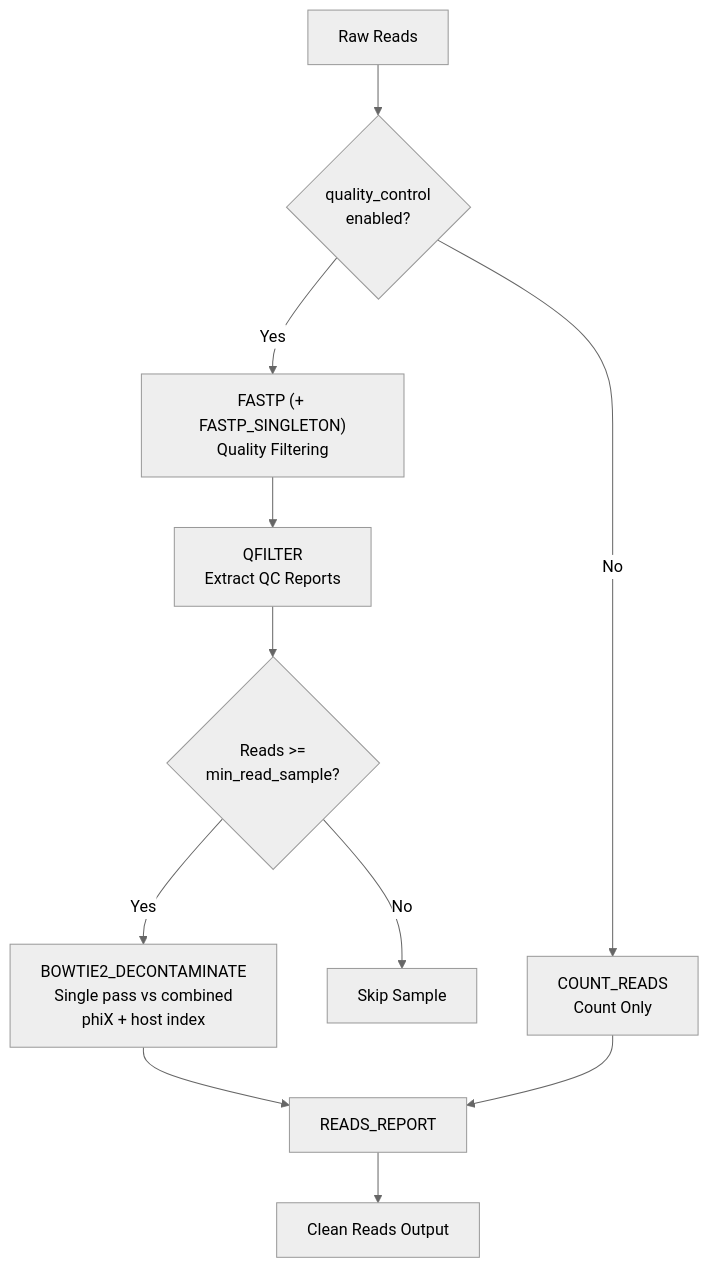
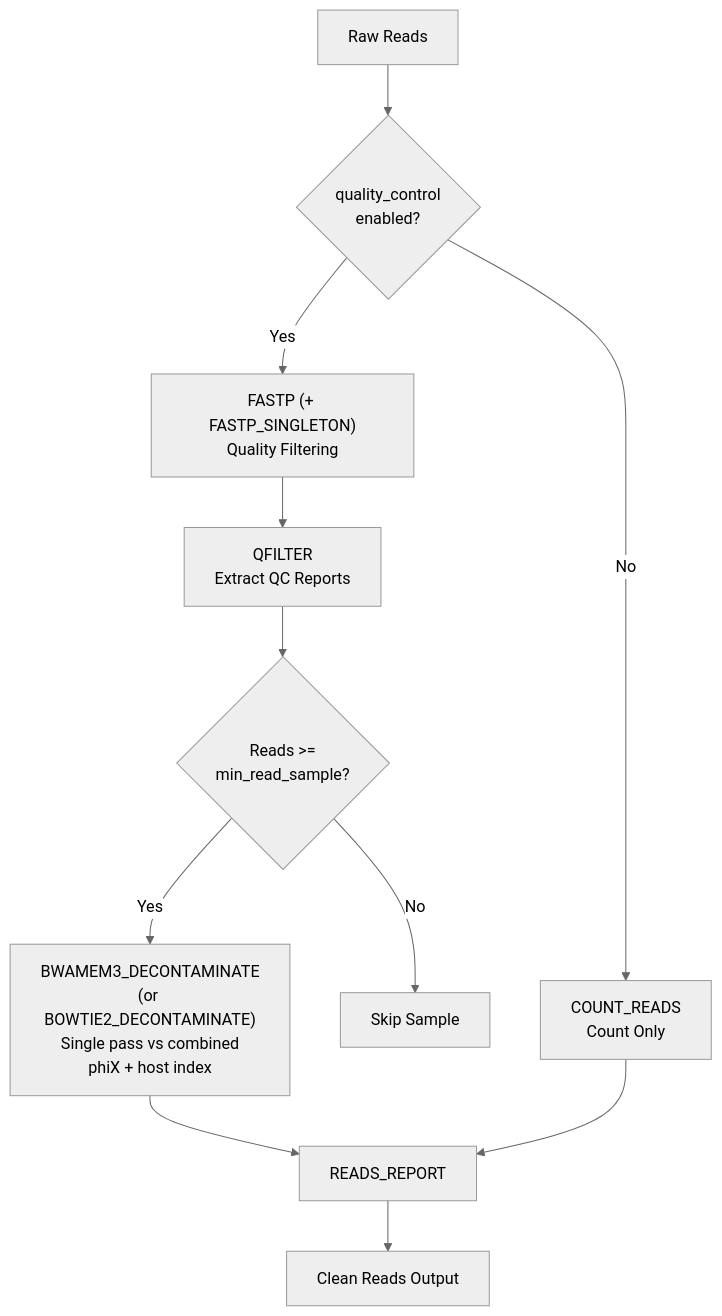
The fourth of 8 diagrams in docs/WORKFLOW_DIAGRAM.md (gene2dis/BugBuster), drawn with Mermaid (neutral theme) before and after one commit. The commit also changed other lines of this file and 14 other files, not shown here.

````diff
--- a/docs/WORKFLOW_DIAGRAM.md
+++ b/docs/WORKFLOW_DIAGRAM.md
@@ -155,16 +155,16 @@
 ```mermaid
 flowchart TD
     Reads[Raw Reads] --> QCCheck{quality_control<br/>enabled?}
     
     QCCheck -->|Yes| FASTP["FASTP (+ FASTP_SINGLETON)<br/>Quality Filtering"]
     FASTP --> QFILTER[QFILTER<br/>Extract QC Reports]
     QFILTER --> MinReads{Reads >=<br/>min_read_sample?}
-    MinReads -->|Yes| Decontaminate[BOWTIE2_DECONTAMINATE<br/>Single pass vs combined<br/>phiX + host index]
+    MinReads -->|Yes| Decontaminate["BWAMEM3_DECONTAMINATE<br/>(or BOWTIE2_DECONTAMINATE)<br/>Single pass vs combined<br/>phiX + host index"]
     MinReads -->|No| Skip1[Skip Sample]
     Decontaminate --> ReadsReport[READS_REPORT]
     
     QCCheck -->|No| CountReads[COUNT_READS<br/>Count Only]
     CountReads --> ReadsReport
     
     ReadsReport --> CleanReads[Clean Reads Output]
 ```
````
